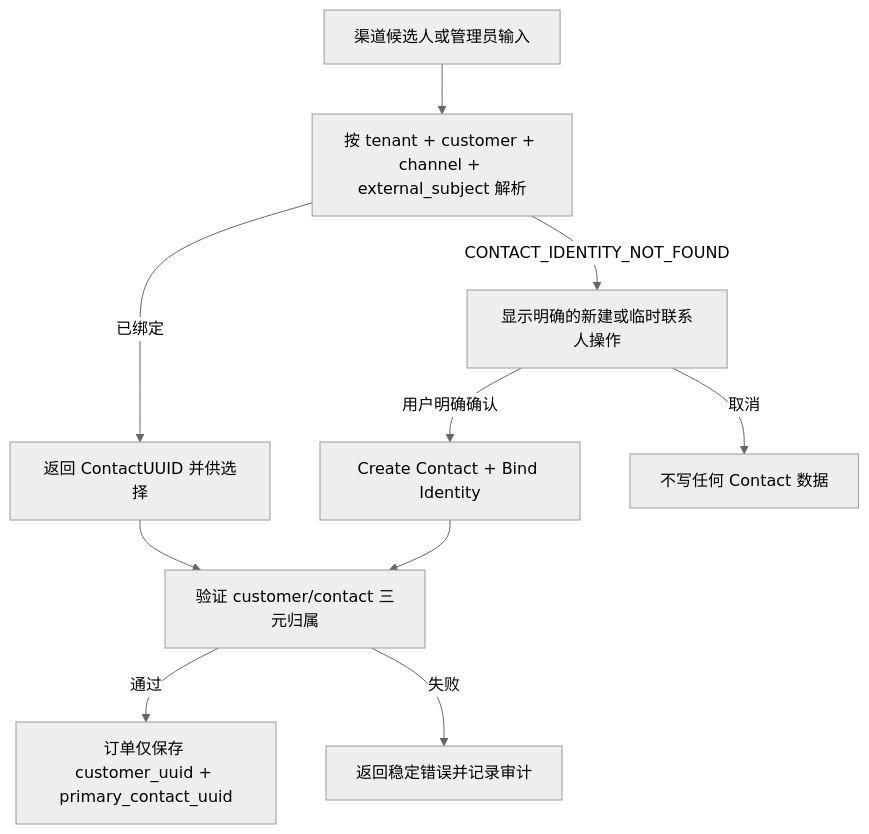
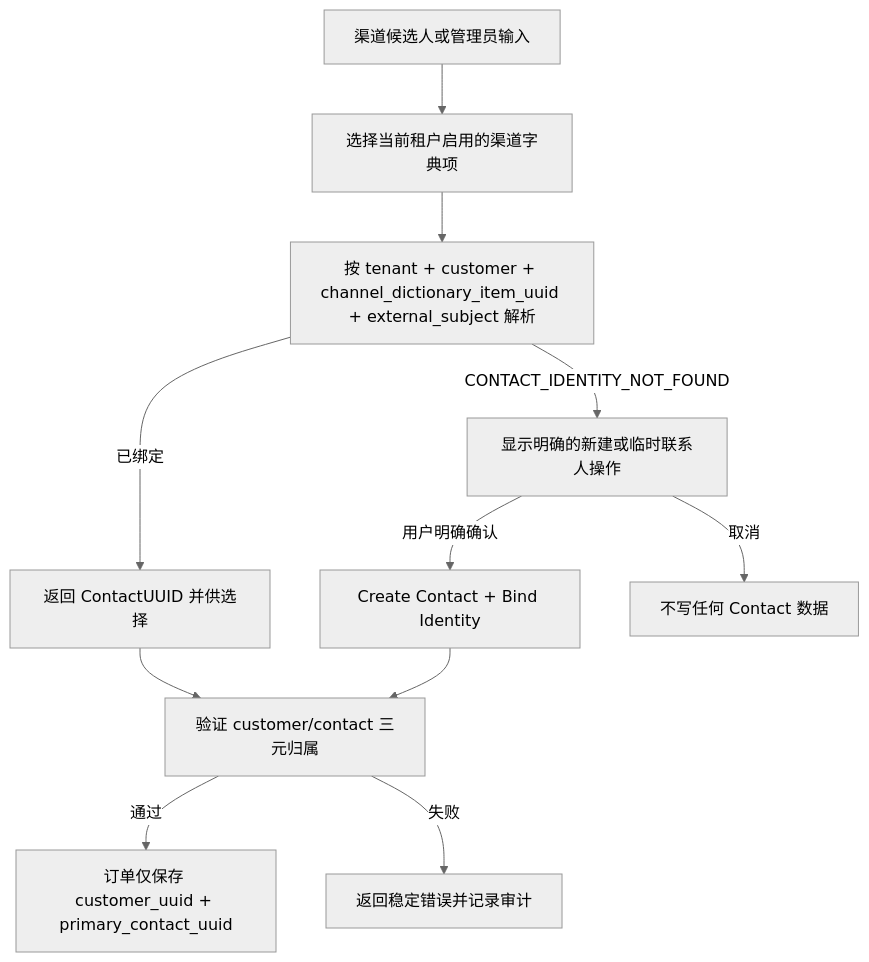
One commit to ArtisanCloud/PowerX changed the second of 3 diagrams in docs/guides/features/030-customer-contact/guide.md. Above: the diagram before and after it, drawn with Mermaid (neutral theme). The commit also changed other lines of this file and 252 other files, not shown here.

````diff
--- a/docs/guides/features/030-customer-contact/guide.md
+++ b/docs/guides/features/030-customer-contact/guide.md
@@ -40,12 +53,13 @@
 ```mermaid
 flowchart TD
-  Candidate[渠道候选人或管理员输入] --> Resolve[按 tenant + customer + channel + external_subject 解析]
+  Candidate[渠道候选人或管理员输入] --> Dictionary[选择当前租户启用的渠道字典项]
+  Dictionary --> Resolve[按 tenant + customer + channel_dictionary_item_uuid + external_subject 解析]
   Resolve -->|已绑定| Select[返回 ContactUUID 并供选择]
   Resolve -->|CONTACT_IDENTITY_NOT_FOUND| Choice[显示明确的新建或临时联系人操作]
   Choice -->|用户明确确认| Create[Create Contact + Bind Identity]
   Choice -->|取消| Stop[不写任何 Contact 数据]
   Create --> Verify[验证 customer/contact 三元归属]
   Select --> Verify
   Verify -->|通过| Order[订单仅保存 customer_uuid + primary_contact_uuid]
   Verify -->|失败| Fail[返回稳定错误并记录审计]
 ```
````
